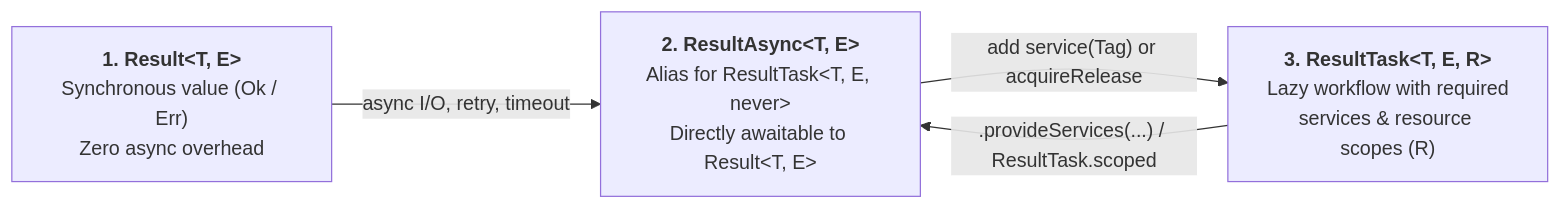
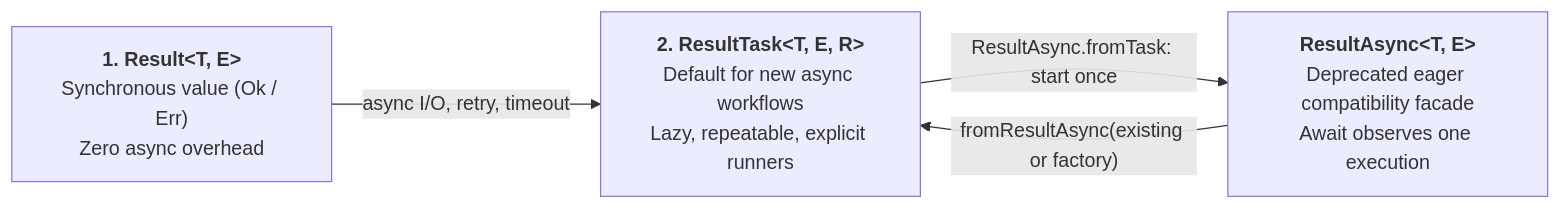
Before and after one commit to inaiat/resultar: the diagram in packages/resultar/README.md, drawn with Mermaid. The commit also changed other lines of this file and 187 other files, not shown here.

````diff
--- a/packages/resultar/README.md
+++ b/packages/resultar/README.md
@@ -156,10 +153,10 @@
 ```mermaid
 flowchart LR
   R["<b>1. Result&lt;T, E&gt;</b><br/>Synchronous value (Ok / Err)<br/>Zero async overhead"]
-  RA["<b>2. ResultAsync&lt;T, E&gt;</b><br/>Alias for ResultTask&lt;T, E, never&gt;<br/>Directly awaitable to Result&lt;T, E&gt;"]
-  RT["<b>3. ResultTask&lt;T, E, R&gt;</b><br/>Lazy workflow with required<br/>services &amp; resource scopes (R)"]
+  RT["<b>2. ResultTask&lt;T, E, R&gt;</b><br/>Default for new async workflows<br/>Lazy, repeatable, explicit runners"]
+  RA["<b>ResultAsync&lt;T, E&gt;</b><br/>Deprecated eager compatibility facade<br/>Await observes one execution"]
 
-  R -->|"async I/O, retry, timeout"| RA
-  RA -->|"add service(Tag) or acquireRelease"| RT
-  RT -->|".provideServices(...) / ResultTask.scoped"| RA
+  R -->|"async I/O, retry, timeout"| RT
+  RA -->|"fromResultAsync(existing or factory)"| RT
+  RT -->|"ResultAsync.fromTask: start once"| RA
 ```
````
